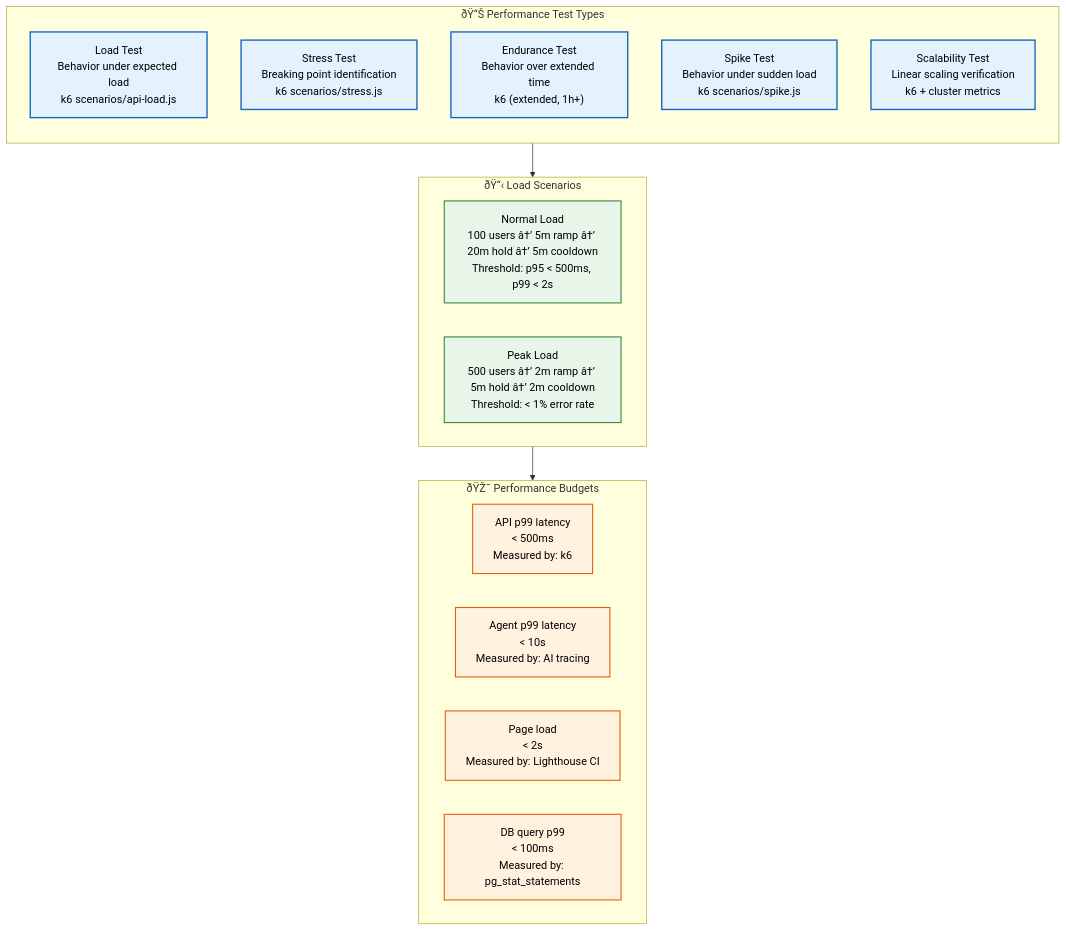
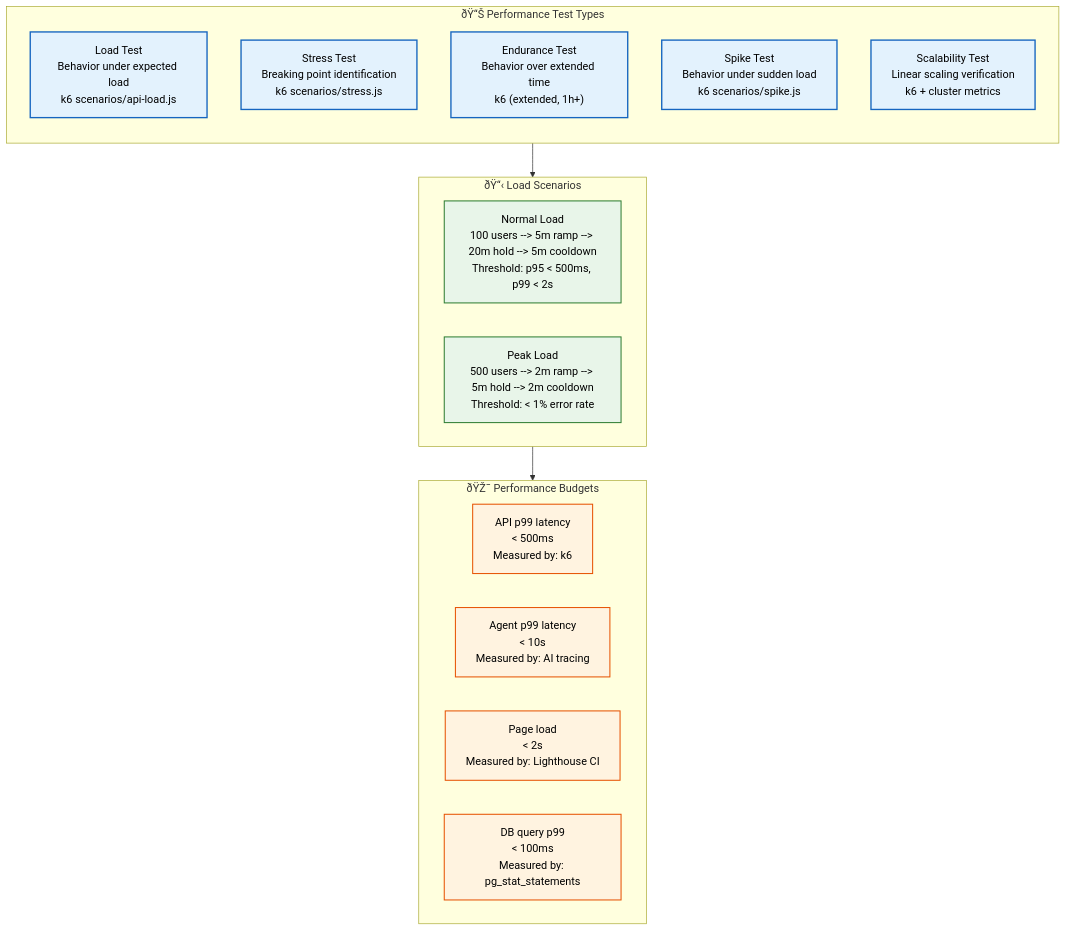
Before and after one commit to Driftloom/Vaeloom: the first of 2 diagrams in Docs/Testing/Performance-Testing.md, drawn with Mermaid. The commit also changed other lines of this file and 11 other files, not shown here.

````diff
--- a/Docs/Testing/Performance-Testing.md
+++ b/Docs/Testing/Performance-Testing.md
@@ -8,33 +8,33 @@
 ```mermaid
 graph TD
     classDef type fill:#e3f2fd,stroke:#1565c0,color:#000,stroke-width:2px
     classDef scenario fill:#e8f5e9,stroke:#2e7d32,color:#000,stroke-width:1.5px
     classDef budget fill:#fff3e0,stroke:#e65100,color:#000,stroke-width:1.5px
 
     subgraph Types["ðŸ“Š Performance Test Types"]
         direction TB
         T1["Load Test<br/>Behavior under expected load<br/>k6 scenarios/api-load.js"]
         T2["Stress Test<br/>Breaking point identification<br/>k6 scenarios/stress.js"]
         T3["Endurance Test<br/>Behavior over extended time<br/>k6 (extended, 1h+)"]
         T4["Spike Test<br/>Behavior under sudden load<br/>k6 scenarios/spike.js"]
         T5["Scalability Test<br/>Linear scaling verification<br/>k6 + cluster metrics"]
     end
 
     subgraph Scenarios["ðŸ“‹ Load Scenarios"]
-        S1["Normal Load<br/>100 users â†’ 5m ramp â†’ 20m hold â†’ 5m cooldown<br/>Threshold: p95 < 500ms, p99 < 2s"]
-        S2["Peak Load<br/>500 users â†’ 2m ramp â†’ 5m hold â†’ 2m cooldown<br/>Threshold: < 1% error rate"]
+        S1["Normal Load<br/>100 users --> 5m ramp --> 20m hold --> 5m cooldown<br/>Threshold: p95 < 500ms, p99 < 2s"]
+        S2["Peak Load<br/>500 users --> 2m ramp --> 5m hold --> 2m cooldown<br/>Threshold: < 1% error rate"]
     end
 
     subgraph Budgets["ðŸŽ¯ Performance Budgets"]
         B1["API p99 latency<br/>< 500ms<br/>Measured by: k6"]
         B2["Agent p99 latency<br/>< 10s<br/>Measured by: AI tracing"]
         B3["Page load<br/>< 2s<br/>Measured by: Lighthouse CI"]
         B4["DB query p99<br/>< 100ms<br/>Measured by: pg_stat_statements"]
     end
 
     Types --> Scenarios --> Budgets
 
     class T1,T2,T3,T4,T5 type
     class S1,S2 scenario
     class B1,B2,B3,B4 budget
 ```
````
